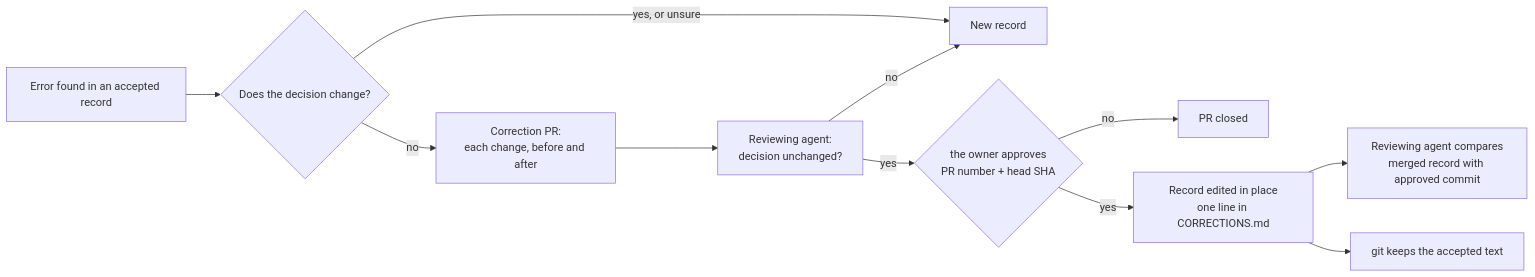
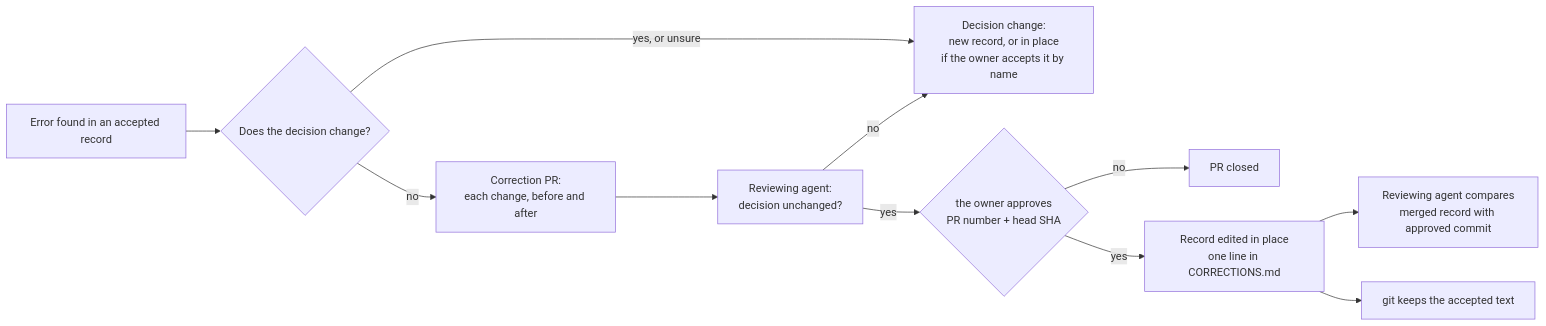
Before and after one commit to jonhill90/central-hub: the diagram in docs/decisions/0006-allow-corrections-to-accepted-records.md, drawn with Mermaid. The commit also changed other lines of this file and 21 other files, not shown here.

First line of the commit message:
docs: separate decision changes from corrections and record approval facts

````diff
--- a/docs/decisions/0006-allow-corrections-to-accepted-records.md
+++ b/docs/decisions/0006-allow-corrections-to-accepted-records.md
@@ -52,13 +52,13 @@
 ```mermaid
 flowchart LR
   E[Error found in an accepted record] --> Q{Does the decision change?}
-  Q -- yes, or unsure --> N[New record]
+  Q -- yes, or unsure --> N[Decision change:<br/>new record, or in place<br/>if the owner accepts it by name]
   Q -- no --> P[Correction PR:<br/>each change, before and after]
   P --> R[Reviewing agent:<br/>decision unchanged?]
   R -- no --> N
   R -- yes --> J{the owner approves<br/>PR number + head SHA}
   J -- no --> X[PR closed]
   J -- yes --> C[Record edited in place<br/>one line in CORRECTIONS.md]
   C --> V[Reviewing agent compares<br/>merged record with approved commit]
   C --> G[git keeps the accepted text]
 ```
````
